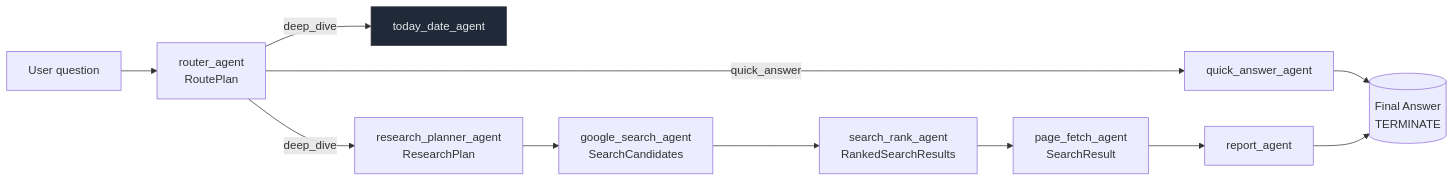
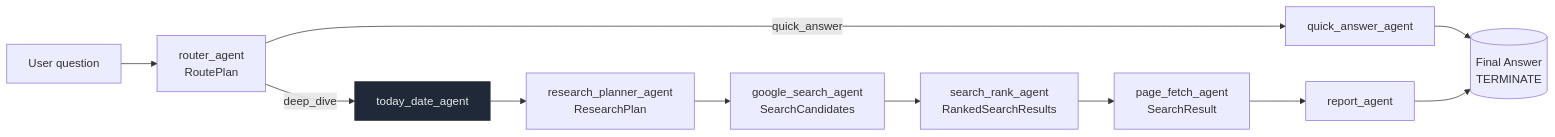
The diagram in README.md (stkao05/line-ai), drawn with Mermaid before and after one commit.

````diff
--- a/README.md
+++ b/README.md
@@ -83,18 +83,18 @@
 ```mermaid
 flowchart LR
     U[User question] --> R[router_agent\nRoutePlan]
 
     R -- quick_answer --> QA[quick_answer_agent]
     QA --> A[(Final Answer\nTERMINATE)]
 
     R -- deep_dive --> TD[today_date_agent]
-    R -- deep_dive --> RP[research_planner_agent\nResearchPlan]
+    TD --> RP[research_planner_agent\nResearchPlan]
     RP --> GS[google_search_agent\nSearchCandidates]
     GS --> SR[search_rank_agent\nRankedSearchResults]
     SR --> PF[page_fetch_agent\nSearchResult]
     PF --> RE[report_agent]
     RE --> A
 
     class TD side;
     classDef side fill:#1f2937,stroke:#3f3f46,color:#e5e7eb;
 ```
````
